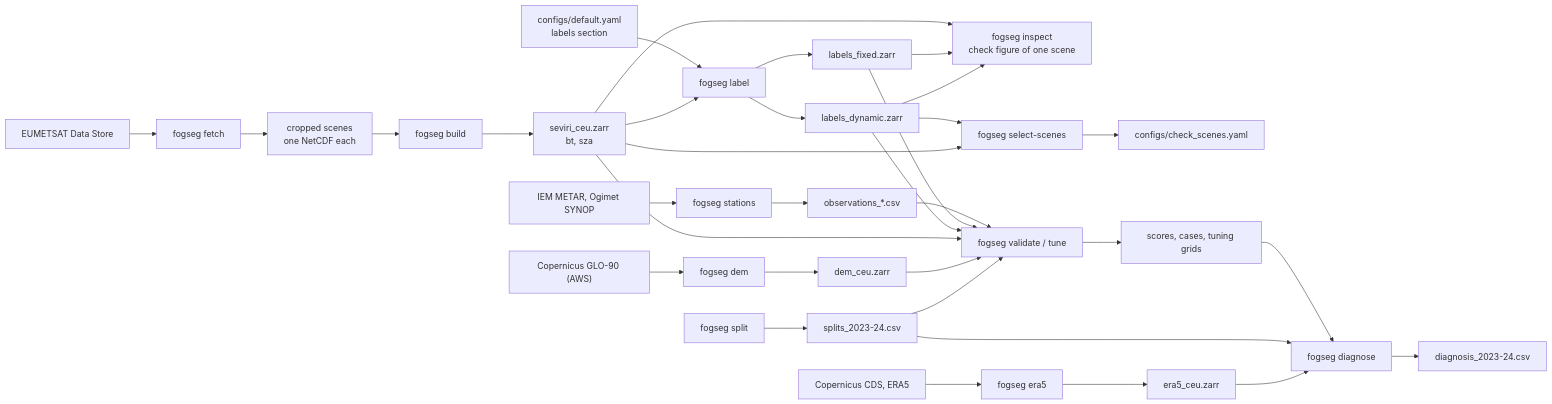
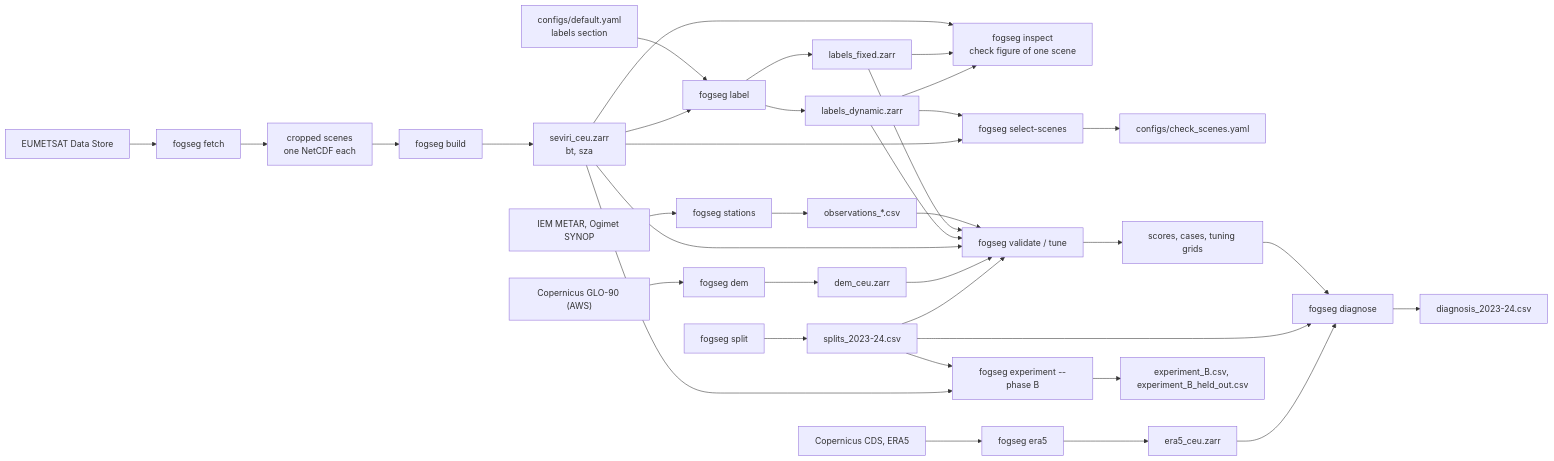
One commit to muhammettcepi/seviri-fog-segmentation changed the diagram in README.md. Above: the diagram before and after it, drawn with Mermaid. The commit also changed other lines of this file and 3 other files, not shown here.

Commit message:
Write the phase B results: variants, held-out comparison, not kept; widen the emissivity grid

````diff
--- a/README.md
+++ b/README.md
@@ -99,35 +99,38 @@
 ```mermaid
 flowchart LR
     store["EUMETSAT Data Store"] --> fetch["fogseg fetch"]
     fetch --> scenes["cropped scenes<br/>one NetCDF each"]
     scenes --> build["fogseg build"]
     build --> data["seviri_ceu.zarr<br/>bt, sza"]
     config["configs/default.yaml<br/>labels section"] --> label["fogseg label"]
     data --> label
     label --> fixed["labels_fixed.zarr"]
     label --> dynamic["labels_dynamic.zarr"]
     data --> inspect["fogseg inspect<br/>check figure of one scene"]
     fixed --> inspect
     dynamic --> inspect
     dynamic --> select["fogseg select-scenes"]
     data --> select
     select --> check["configs/check_scenes.yaml"]
     iem["IEM METAR, Ogimet SYNOP"] --> stations["fogseg stations"]
     stations --> obs["observations_*.csv"]
     obs --> validate["fogseg validate / tune"]
     fixed --> validate
     dynamic --> validate
     data --> validate
     validate --> scores["scores, cases, tuning grids"]
     glo["Copernicus GLO-90 (AWS)"] --> dem["fogseg dem"]
     dem --> demstore["dem_ceu.zarr"]
     demstore --> validate
     cds["Copernicus CDS, ERA5"] --> era5["fogseg era5"]
     era5 --> era5store["era5_ceu.zarr"]
     split["fogseg split"] --> folds["splits_2023-24.csv"]
     folds --> validate
     scores --> diagnose["fogseg diagnose"]
     folds --> diagnose
     era5store --> diagnose
     diagnose --> diagnosis["diagnosis_2023-24.csv"]
+    folds --> experiment["fogseg experiment --phase B"]
+    data --> experiment
+    experiment --> expB["experiment_B.csv, experiment_B_held_out.csv"]
 ```
````
